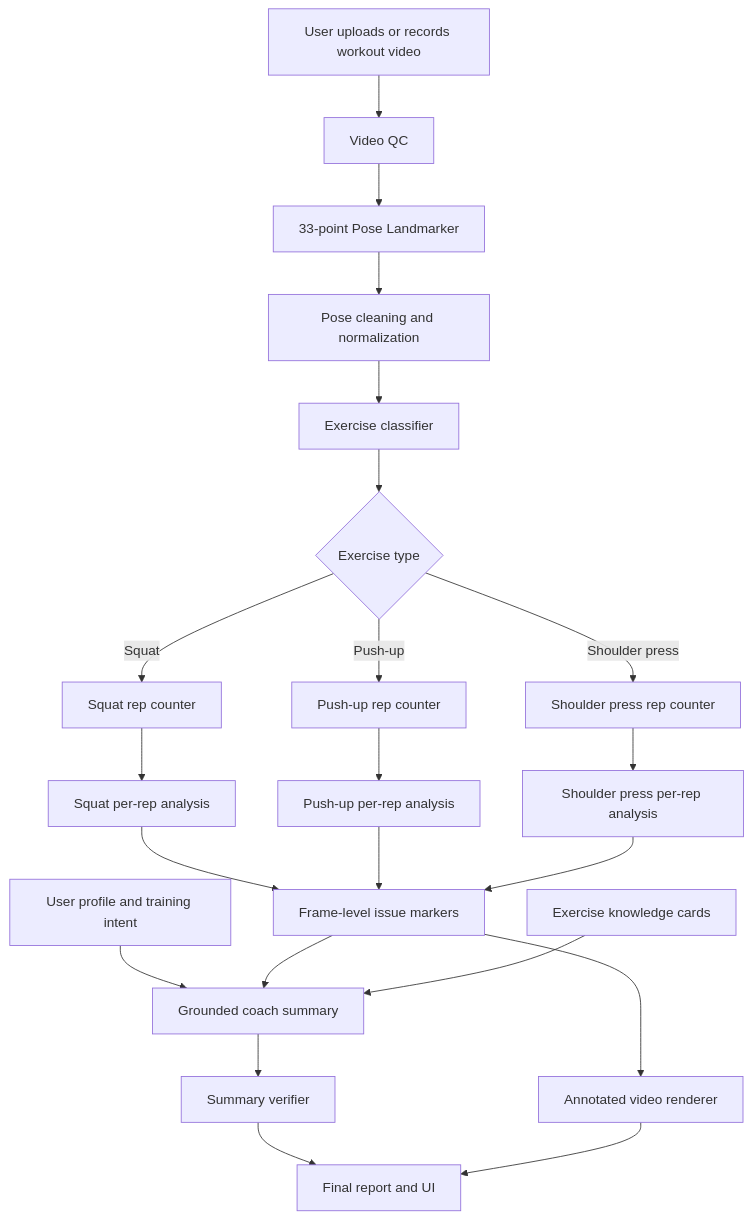
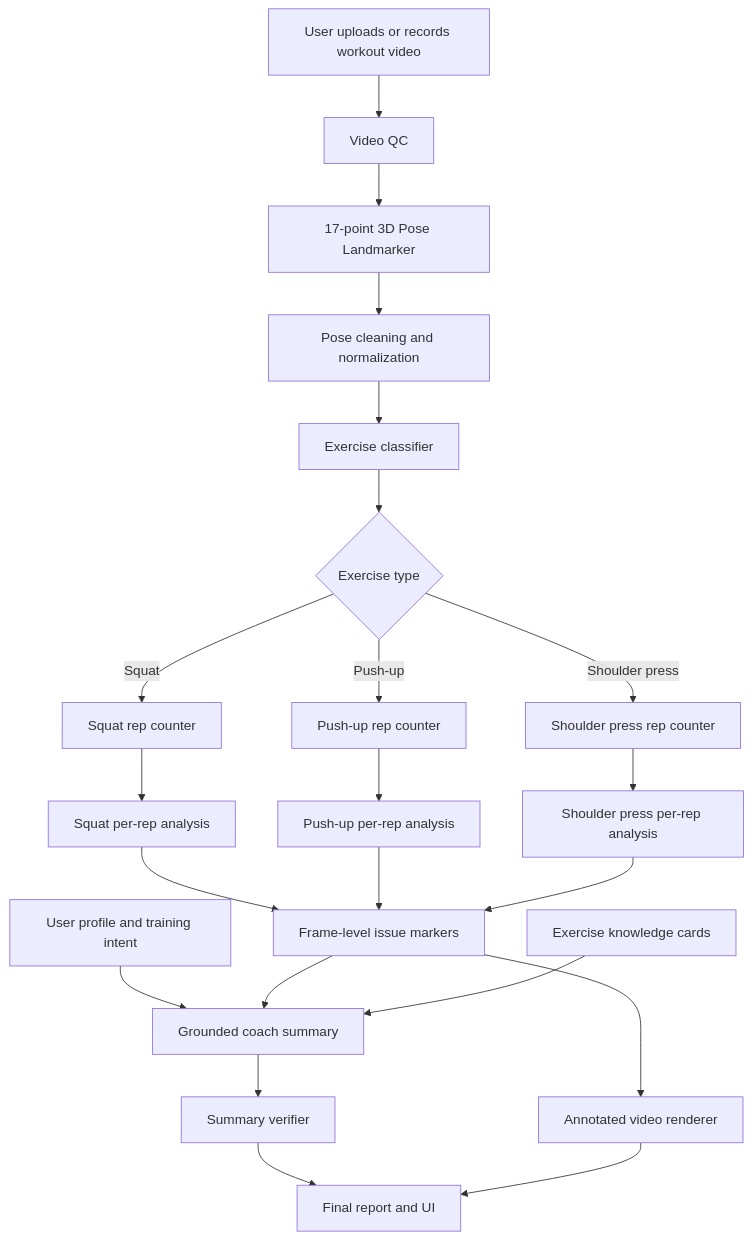
Before and after one commit to tihado/Pozify: the first of 2 diagrams in docs/pozify-project-documentation.md, drawn with Mermaid. The commit also changed other lines of this file and 17 other files, not shown here.

````diff
--- a/docs/pozify-project-documentation.md
+++ b/docs/pozify-project-documentation.md
@@ -97,24 +97,24 @@
 ```mermaid
 flowchart TD
     A["User uploads or records workout video"] --> B["Video QC"]
     U["User profile and training intent"] --> G["Grounded coach summary"]
-    B --> C["33-point Pose Landmarker"]
+    B --> C["17-point 3D Pose Landmarker"]
     C --> D["Pose cleaning and normalization"]
     D --> E["Exercise classifier"]
     E --> F{"Exercise type"}
     F -->|Squat| S1["Squat rep counter"]
     F -->|Push-up| P1["Push-up rep counter"]
     F -->|Shoulder press| O1["Shoulder press rep counter"]
     S1 --> S2["Squat per-rep analysis"]
     P1 --> P2["Push-up per-rep analysis"]
     O1 --> O2["Shoulder press per-rep analysis"]
     S2 --> H["Frame-level issue markers"]
     P2 --> H
     O2 --> H
     H --> R["Annotated video renderer"]
     H --> G
     K["Exercise knowledge cards"] --> G
     G --> V["Summary verifier"]
     V --> Z["Final report and UI"]
     R --> Z
 ```
````
